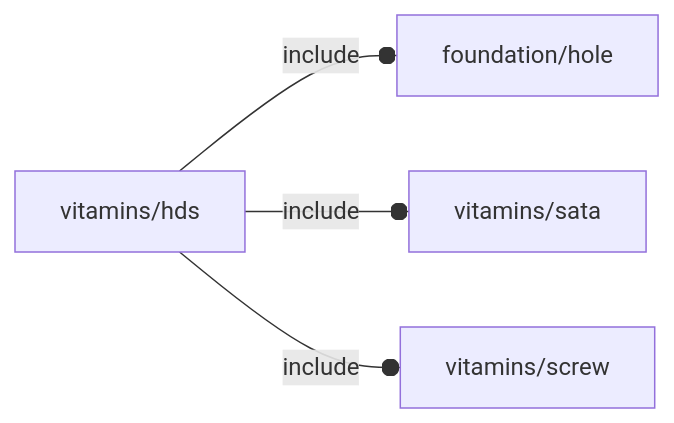
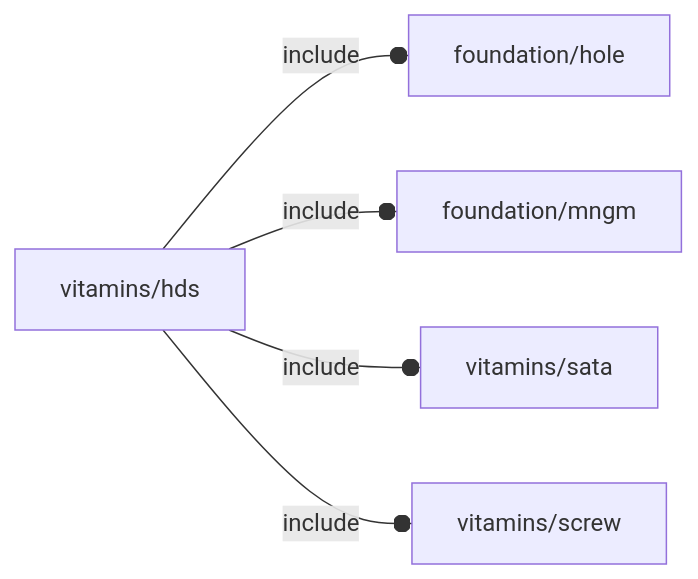
One commit to ggabbiani/OFL changed the diagram in orthodocs/vitamins/hds.md. Above: the diagram before and after it, drawn with Mermaid. The commit also changed 39 other files, not shown here.

````diff
--- a/orthodocs/vitamins/hds.md
+++ b/orthodocs/vitamins/hds.md
@@ -5,6 +5,7 @@
 ```mermaid
 graph LR
     A1[vitamins/hds] --o|include| A2[foundation/hole]
-    A1 --o|include| A3[vitamins/sata]
-    A1 --o|include| A4[vitamins/screw]
+    A1 --o|include| A3[foundation/mngm]
+    A1 --o|include| A4[vitamins/sata]
+    A1 --o|include| A5[vitamins/screw]
 ```
````
